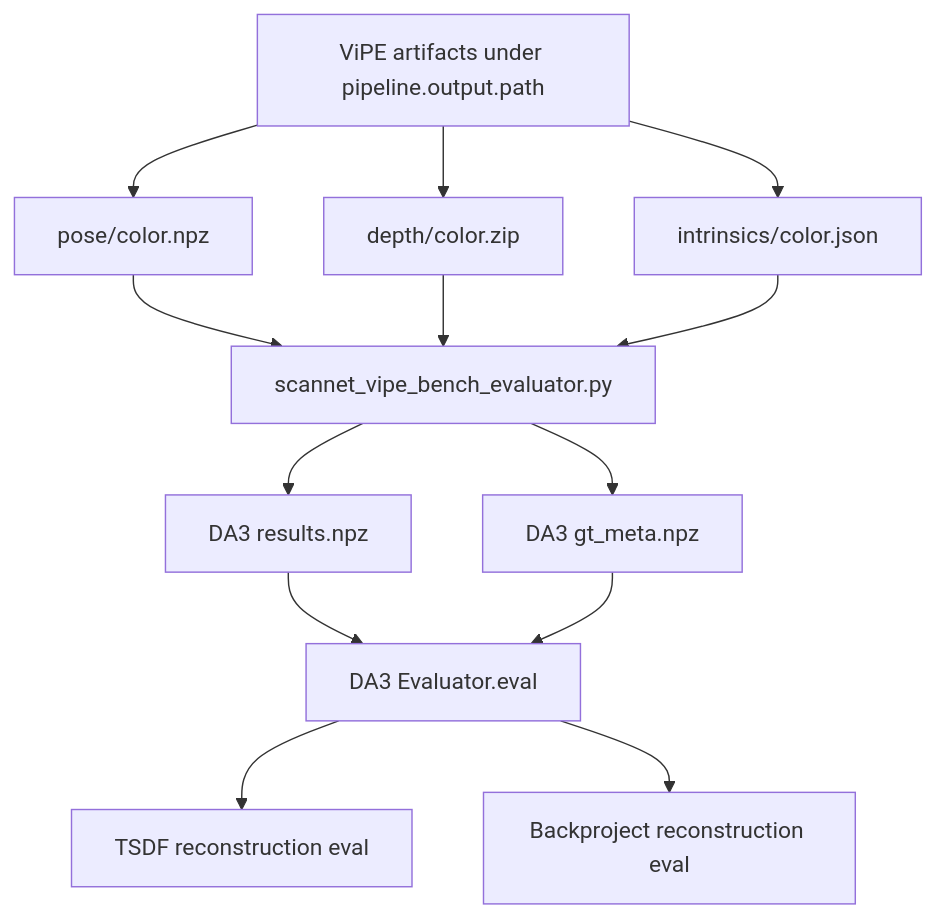
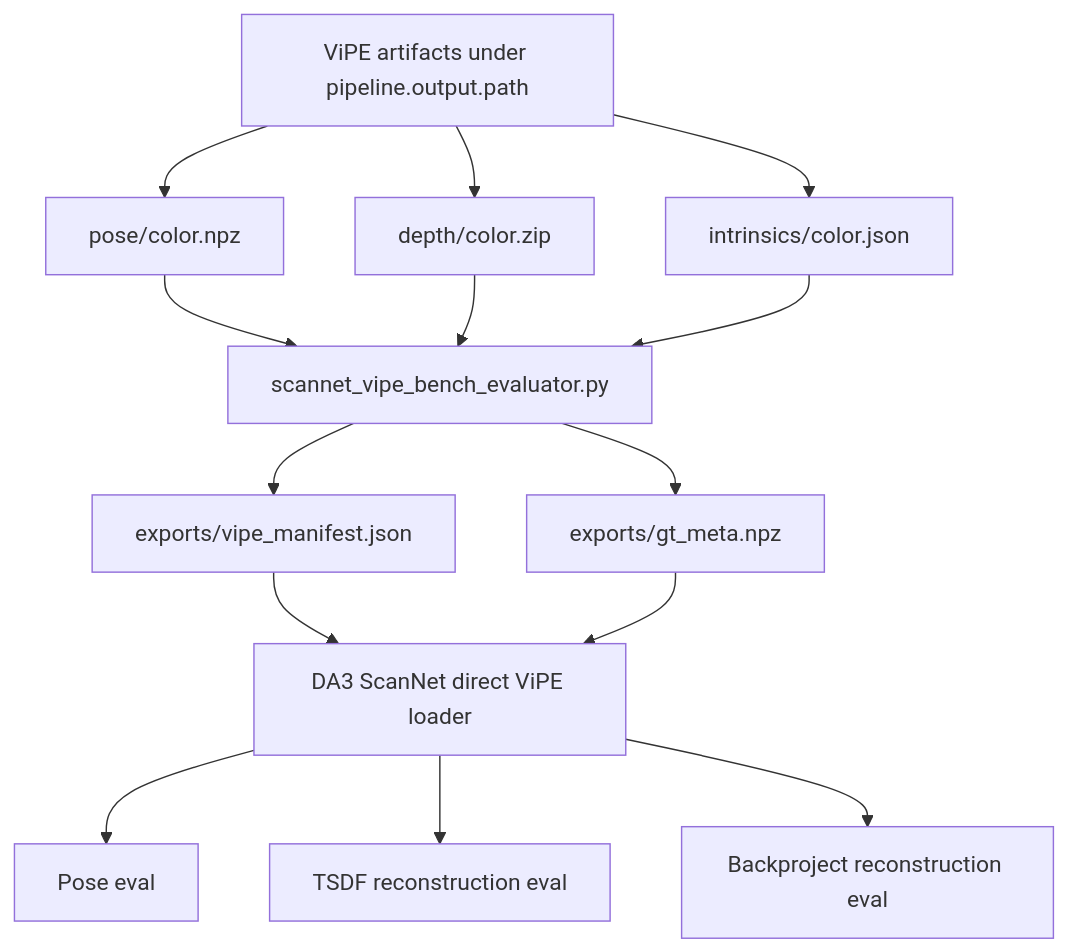
Before and after one commit to sadanand1120/vipe: diagram 13 of 13 in fullexplain.md, drawn with Mermaid. The commit also changed other lines of this file and 8 other files, not shown here.

````diff
--- a/fullexplain.md
+++ b/fullexplain.md
@@ -2293,15 +2280,16 @@
 ```mermaid
 flowchart TD
     A[ViPE artifacts under pipeline.output.path] --> B[pose/color.npz]
     A --> C[depth/color.zip]
     A --> D[intrinsics/color.json]
     B --> E[scannet_vipe_bench_evaluator.py]
     C --> E
     D --> E
-    E --> F[DA3 results.npz]
-    E --> G[DA3 gt_meta.npz]
-    F --> H[DA3 Evaluator.eval]
+    E --> F[exports/vipe_manifest.json]
+    E --> G[exports/gt_meta.npz]
+    F --> H[DA3 ScanNet direct ViPE loader]
     G --> H
-    H --> I[TSDF reconstruction eval]
-    H --> J[Backproject reconstruction eval]
+    H --> I[Pose eval]
+    H --> J[TSDF reconstruction eval]
+    H --> K[Backproject reconstruction eval]
 ```
````
